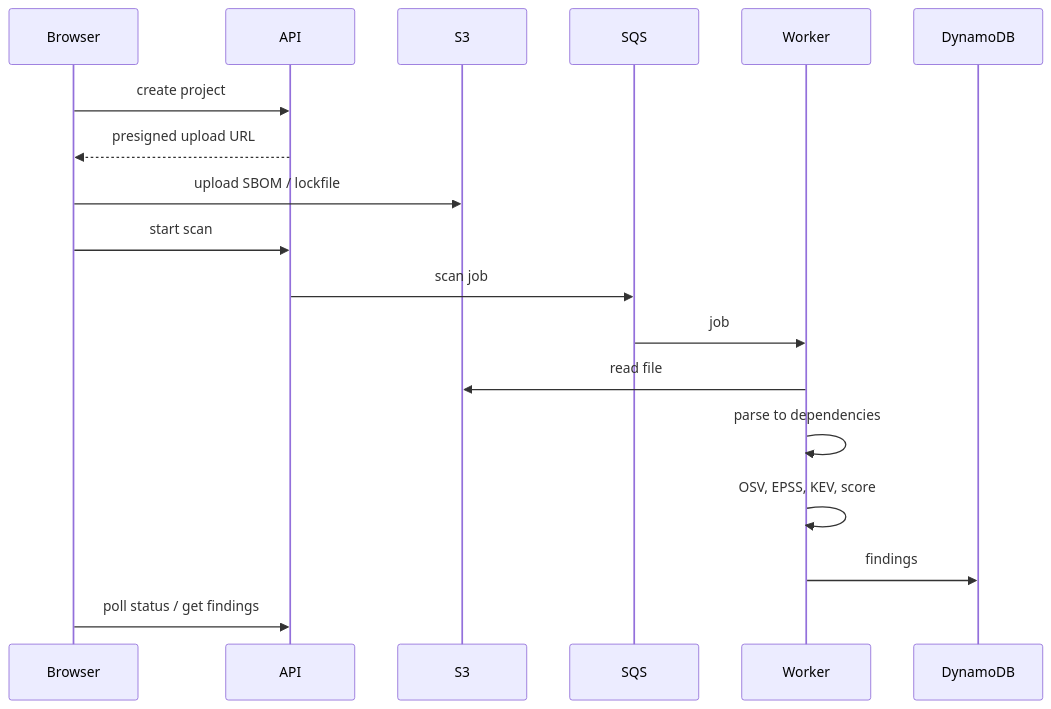
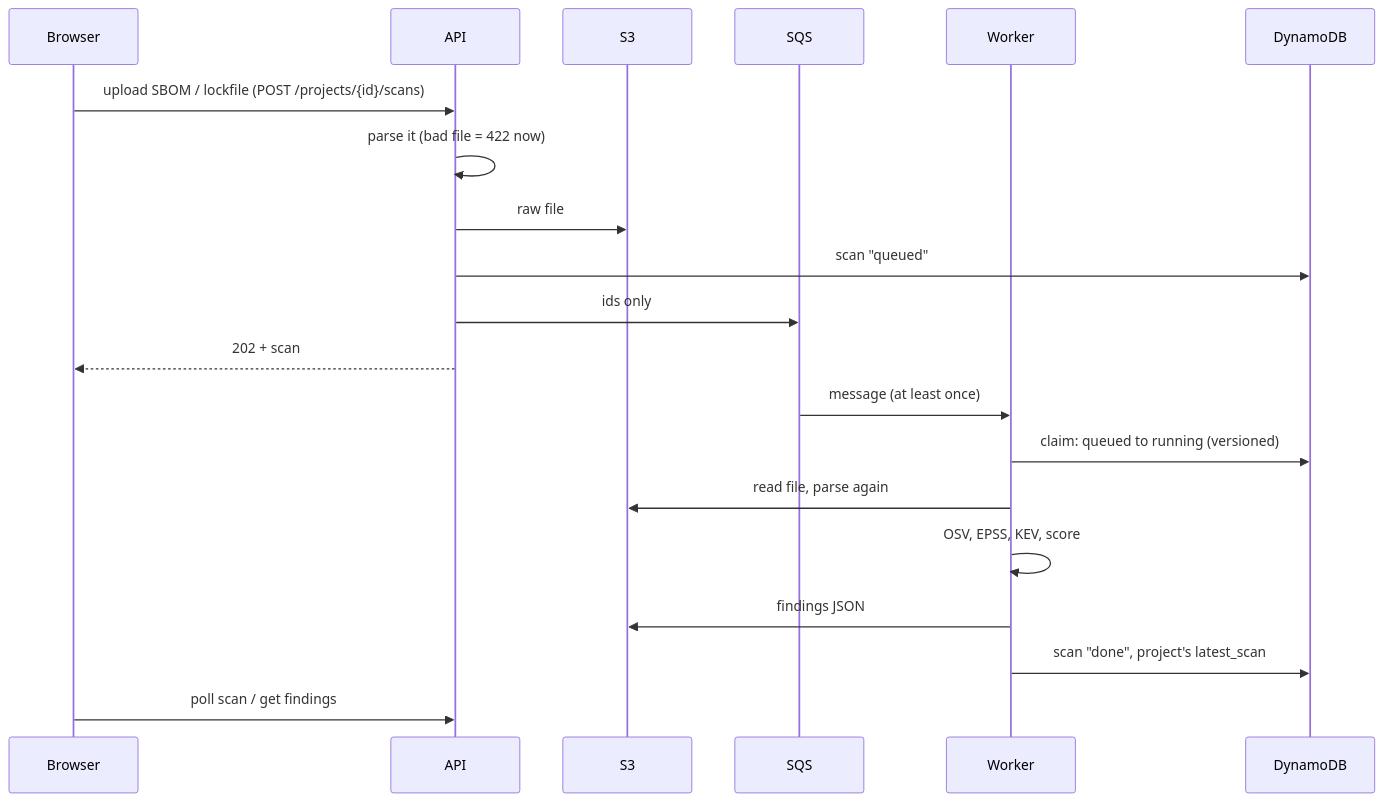
Before and after one commit to AnoushahWasif/threatlens: the third of 3 diagrams in docs/ARCHITECTURE.md, drawn with Mermaid. The commit also changed other lines of this file and 18 other files, not shown here.

````diff
--- a/docs/ARCHITECTURE.md
+++ b/docs/ARCHITECTURE.md
@@ -71,20 +74,22 @@
 ```mermaid
 sequenceDiagram
     participant B as Browser
     participant A as API
     participant S as S3
     participant Q as SQS
     participant W as Worker
     participant D as DynamoDB
-    B->>A: create project
-    A-->>B: presigned upload URL
-    B->>S: upload SBOM / lockfile
-    B->>A: start scan
-    A->>Q: scan job
-    Q->>W: job
-    W->>S: read file
-    W->>W: parse to dependencies
+    B->>A: upload SBOM / lockfile (POST /projects/{id}/scans)
+    A->>A: parse it (bad file = 422 now)
+    A->>S: raw file
+    A->>D: scan "queued"
+    A->>Q: ids only
+    A-->>B: 202 + scan
+    Q->>W: message (at least once)
+    W->>D: claim: queued to running (versioned)
+    W->>S: read file, parse again
     W->>W: OSV, EPSS, KEV, score
-    W->>D: findings
-    B->>A: poll status / get findings
+    W->>S: findings JSON
+    W->>D: scan "done", project's latest_scan
+    B->>A: poll scan / get findings
 ```
````
